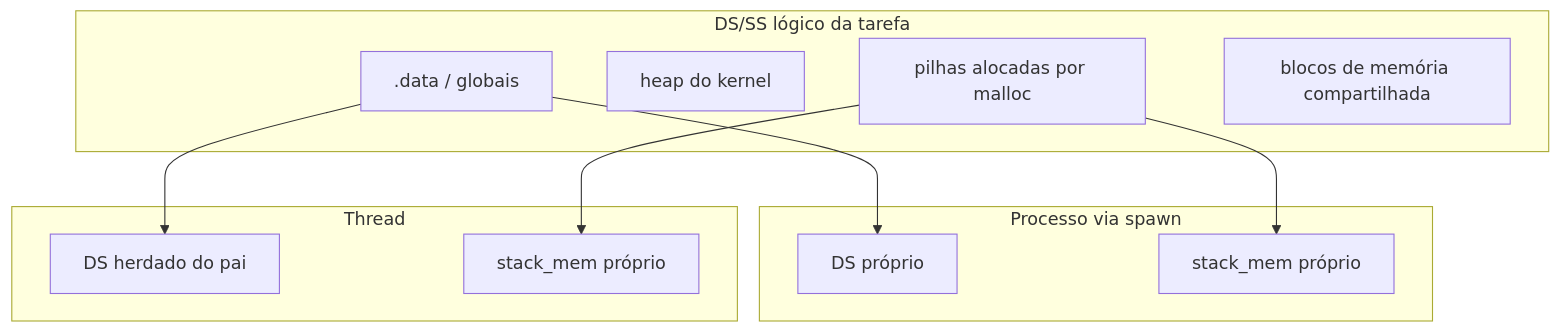
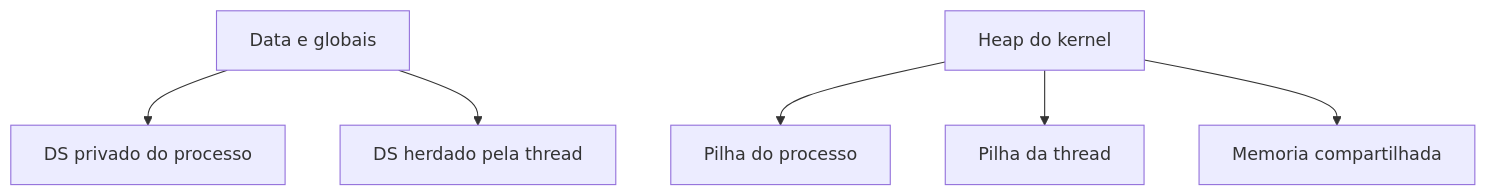
The fifth of 6 diagrams in README.md (garme/cafe_os), drawn with Mermaid before and after one commit. The commit also changed other lines of this file, not shown here.

````diff
--- a/README.md
+++ b/README.md
@@ -342,24 +321,8 @@
 ```mermaid
-flowchart TB
-    subgraph MEM[DS/SS lógico da tarefa]
-        D0[.data / globais]
-        D1[heap do kernel]
-        D2[pilhas alocadas por malloc]
-        D3[blocos de memória compartilhada]
-    end
-
-    subgraph PROC[Processo via spawn]
-        P1[DS próprio]
-        P2[stack_mem próprio]
-    end
-
-    subgraph THR[Thread]
-        T1[DS herdado do pai]
-        T2[stack_mem próprio]
-    end
-
-    D0 --> P1
-    D2 --> P2
-    D0 --> T1
-    D2 --> T2
+graph TB
+    DATA[Data e globais] --> PROC_DS[DS privado do processo]
+    DATA --> THR_DS[DS herdado pela thread]
+    HEAP[Heap do kernel] --> PROC_STACK[Pilha do processo]
+    HEAP --> THR_STACK[Pilha da thread]
+    HEAP --> SHM[Memoria compartilhada]
 ```
````
